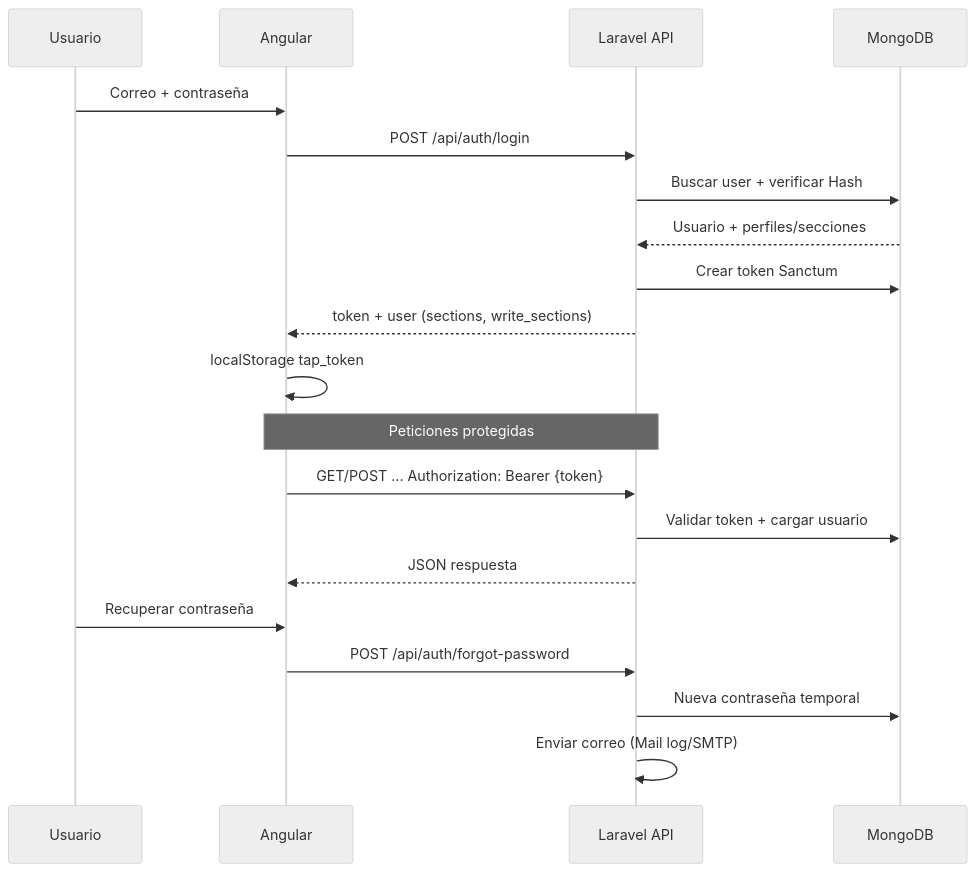
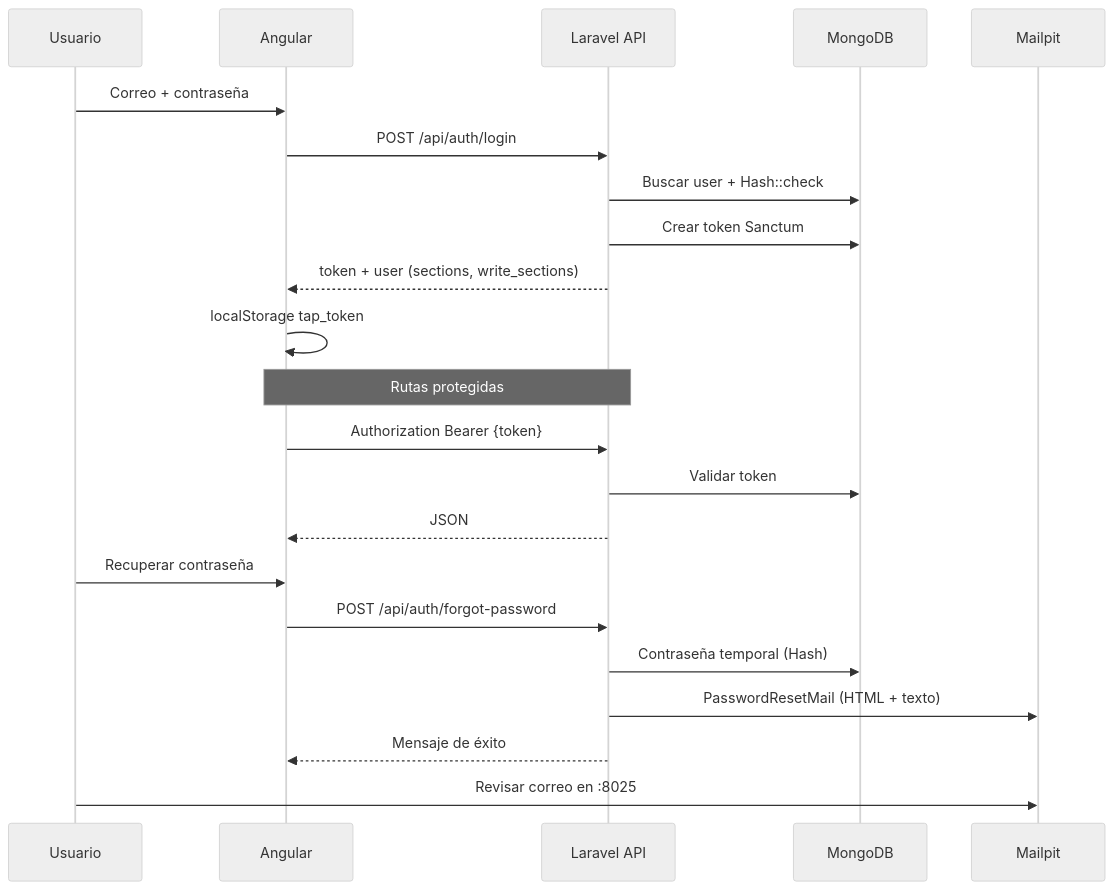
One commit to Migue716/Examen-Tap-Terminal changed the third of 5 diagrams in ARCHITECTURE.md. Above: the diagram before and after it, drawn with Mermaid (neutral theme). The commit also changed other lines of this file, not shown here.

````diff
--- a/ARCHITECTURE.md
+++ b/ARCHITECTURE.md
@@ -97,25 +140,27 @@
 ```mermaid
 sequenceDiagram
     participant U as Usuario
     participant A as Angular
     participant L as Laravel API
     participant M as MongoDB
+    participant P as Mailpit
 
     U->>A: Correo + contraseña
     A->>L: POST /api/auth/login
-    L->>M: Buscar user + verificar Hash
-    M-->>L: Usuario + perfiles/secciones
+    L->>M: Buscar user + Hash::check
     L->>M: Crear token Sanctum
     L-->>A: token + user (sections, write_sections)
     A->>A: localStorage tap_token
 
-    Note over A,L: Peticiones protegidas
-    A->>L: GET/POST ... Authorization: Bearer {token}
-    L->>M: Validar token + cargar usuario
-    L-->>A: JSON respuesta
+    Note over A,L: Rutas protegidas
+    A->>L: Authorization Bearer {token}
+    L->>M: Validar token
+    L-->>A: JSON
 
     U->>A: Recuperar contraseña
     A->>L: POST /api/auth/forgot-password
-    L->>M: Nueva contraseña temporal
-    L->>L: Enviar correo (Mail log/SMTP)
+    L->>M: Contraseña temporal (Hash)
+    L->>P: PasswordResetMail (HTML + texto)
+    L-->>A: Mensaje de éxito
+    U->>P: Revisar correo en :8025
 ```
````
